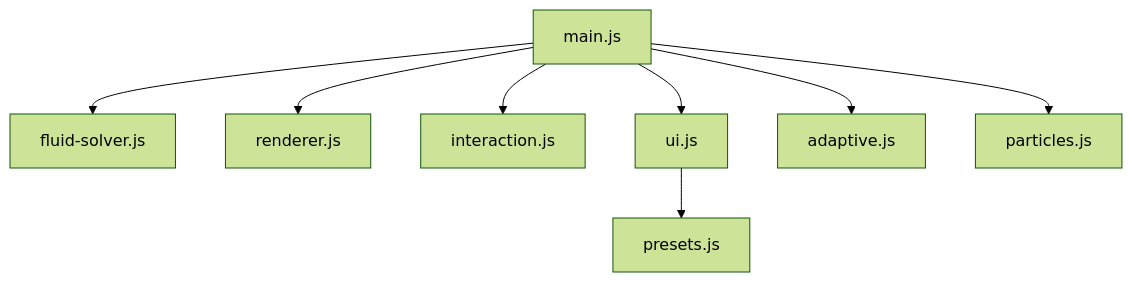
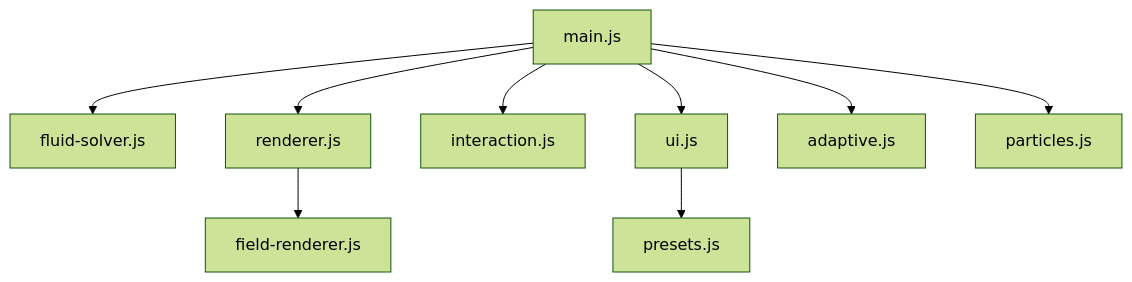
Before and after one commit to palsagar/webgpu-fluid-solver: the first of 3 diagrams in docs/architecture.md, drawn with Mermaid (forest theme). The commit also changed other lines of this file and 31 other files, not shown here.

````diff
--- a/docs/architecture.md
+++ b/docs/architecture.md
@@ -19,10 +19,11 @@
 ```mermaid
 graph TD
     main["main.js"] --> FluidSolver["fluid-solver.js"]
     main --> Renderer["renderer.js"]
     main --> Interaction["interaction.js"]
     main --> UI["ui.js"]
     main --> Adaptive["adaptive.js"]
     main --> Particles["particles.js"]
     UI --> Presets["presets.js"]
+    Renderer --> FieldRenderer["field-renderer.js"]
 ```
````
